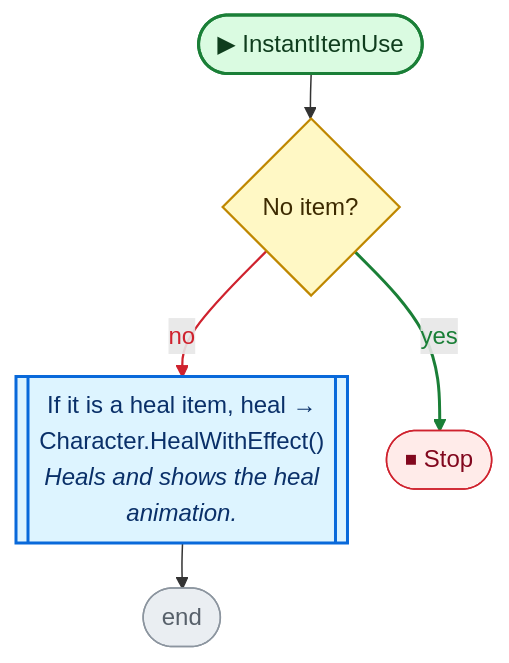
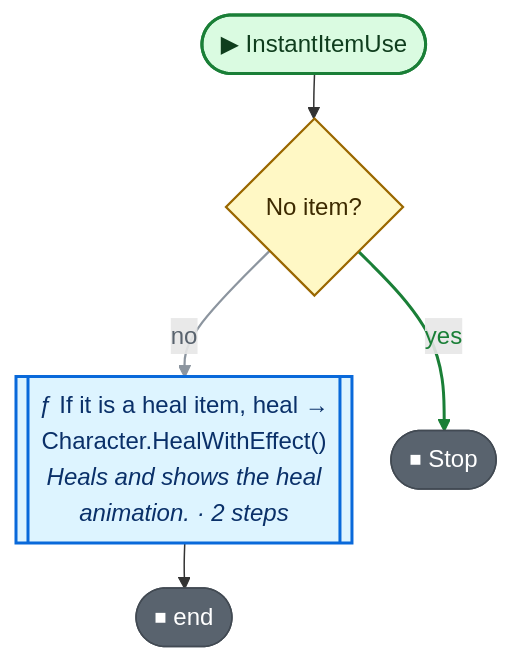
The tenth of 15 diagrams in CodeGraph~/graph/Player.cs.md (nataiai/Lord-of-the-Dungeon), drawn with Mermaid before and after one commit. The commit also changed other lines of this file and 57 other files, not shown here.

````diff
--- a/CodeGraph~/graph/Player.cs.md
+++ b/CodeGraph~/graph/Player.cs.md
@@ -577,40 +568,40 @@
 ```mermaid
 ---
 config:
   flowchart:
     wrappingWidth: 260
     nodeSpacing: 26
     rankSpacing: 30
 ---
 flowchart TD
   nS(["▶ InstantItemUse"])
   n4f24dc{"No item?"}
-  n356f82[["If it is a heal item, heal →<br>Character.HealWithEffect()<br><i>Heals and shows the heal</i><br><i>animation.</i>"]]
-  nE(["end"])
+  n356f82[["ƒ If it is a heal item, heal →<br>Character.HealWithEffect()<br><i>Heals and shows the heal</i><br><i>animation. · 2 steps</i>"]]
+  nE(["⏹ end"])
   nb2e4fc(["⏹ Stop"])
   nS --> n4f24dc
   n4f24dc -->|no| n356f82
   n4f24dc -->|yes| nb2e4fc
   n356f82 --> nE
-  linkStyle 1 stroke:#cf222e,stroke-width:1.5px,color:#cf222e
+  linkStyle 1 stroke:#8c959f,stroke-width:1.5px,color:#59636e
   linkStyle 2 stroke:#1a7f37,stroke-width:2px,color:#1a7f37
   classDef unity fill:#dafbe1,stroke:#1a7f37,stroke-width:2px,color:#0f3d1d
   classDef start fill:#dafbe1,stroke:#1a7f37,stroke-width:2px,color:#0f3d1d
-  classDef calc fill:#ffffff,stroke:#d0d7de,color:#57606a
+  classDef calc fill:#f6f8fa,stroke:#d1d9e0,color:#59636e
   classDef calls fill:#ddf4ff,stroke:#0969da,stroke-width:2px,color:#0a3069
-  classDef ext fill:#ddf4ff,stroke:#0969da,stroke-width:2px,stroke-dasharray:5 3,color:#0a3069
-  classDef cond fill:#fff8c5,stroke:#bf8700,stroke-width:1.5px,color:#3d2a00
-  classDef loop fill:#f6f8fa,stroke:#57606a,color:#1f2328
-  classDef exit fill:#ffebe9,stroke:#cf222e,color:#82071e
+  classDef ext fill:#f6f8fa,stroke:#59636e,stroke-width:1.5px,stroke-dasharray:5 5,color:#1f2328
+  classDef cond fill:#fff8c5,stroke:#9a6700,stroke-width:1.5px,color:#3d2a00
+  classDef loop fill:#fff8c5,stroke:#9a6700,color:#3d2a00
+  classDef wait fill:#fff8c5,stroke:#9a6700,color:#3d2a00
+  classDef exit fill:#59636e,stroke:#424a53,color:#ffffff
+  classDef fin fill:#59636e,stroke:#424a53,color:#ffffff
+  classDef act fill:#ffffff,stroke:#59636e,stroke-width:1.5px,color:#1f2328
   classDef kill fill:#ffebe9,stroke:#cf222e,stroke-width:2px,color:#82071e
-  classDef spawn fill:#dafbe1,stroke:#1a7f37,stroke-width:2px,color:#0f3d1d
-  classDef wait fill:#fff1e5,stroke:#bc4c00,color:#4d1d00
-  classDef fin fill:#eaeef2,stroke:#8c959f,color:#57606a
   classDef join fill:#d0d7de,stroke:#8c959f,color:#57606a
   classDef ghdr fill:#f5f9ff,stroke:#f5f9ff,color:#0a3069,font-weight:bold
   class n356f82 calls
   class n4f24dc cond
   class nb2e4fc exit
   class nE fin
   class nS start
 ```
````
